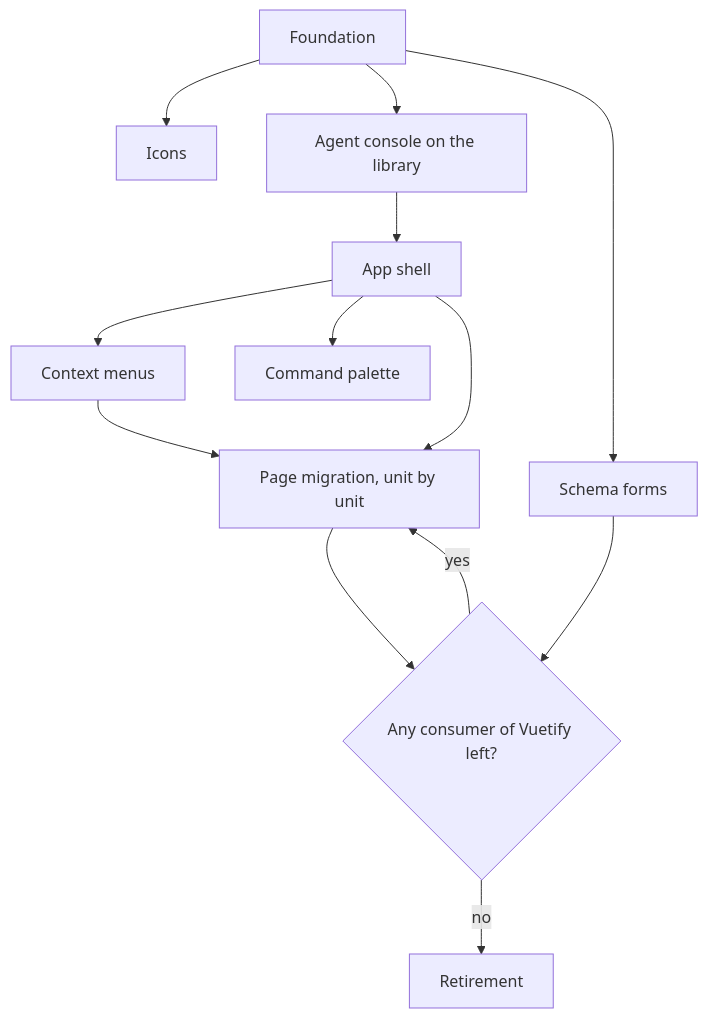
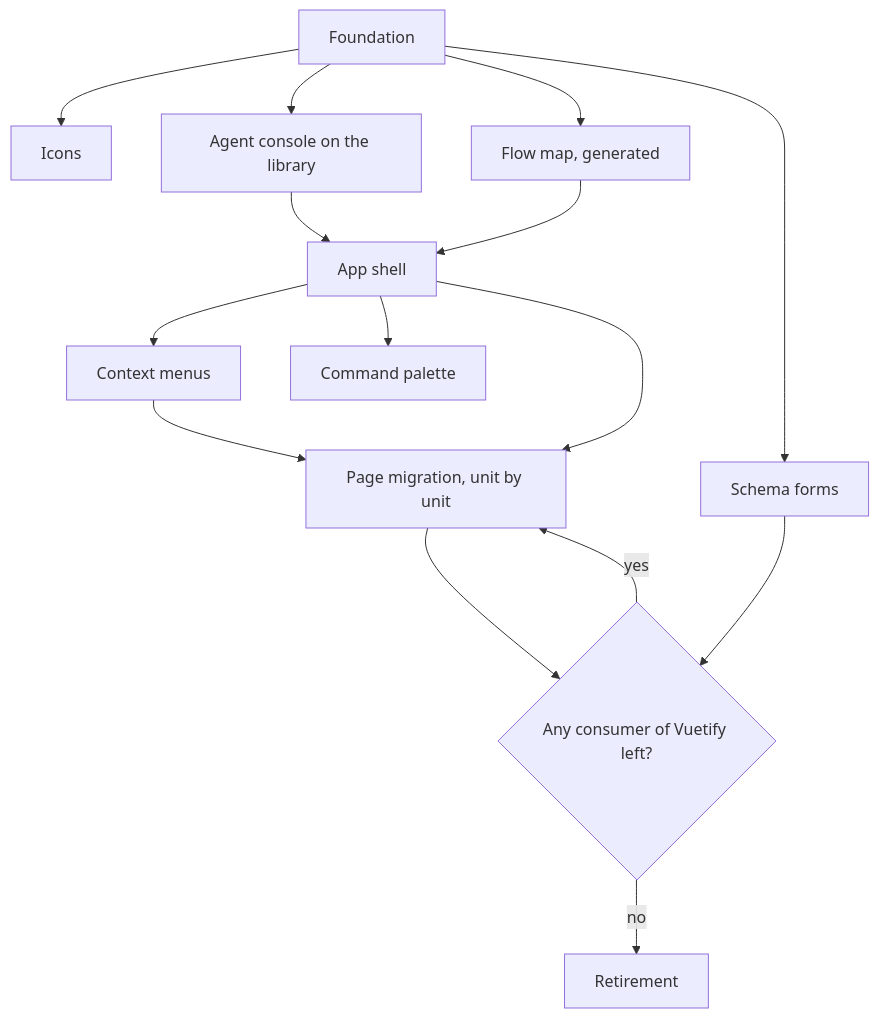
One commit to Esposter/Esposter changed the second of 2 diagrams in apps/web/content/docs/proposals/refactors/ui-library/index.md. Above: the diagram before and after it, drawn with Mermaid. The commit also changed other lines of this file and 4 other files, not shown here.

````diff
--- a/apps/web/content/docs/proposals/refactors/ui-library/index.md
+++ b/apps/web/content/docs/proposals/refactors/ui-library/index.md
@@ -51,15 +63,17 @@
 ```mermaid
 flowchart TD
   S0[Foundation] --> S1[Icons]
   S0 --> S2[Agent console on the library]
+  S0 --> FM[Flow map, generated]
+  FM --> S3
   S2 --> S3[App shell]
   S3 --> S4[Context menus]
   S3 --> S5[Command palette]
   S3 --> S6[Page migration, unit by unit]
   S4 --> S6
   S6 --> G{Any consumer of Vuetify left?}
   S0 --> S7[Schema forms]
   S7 --> G
   G -->|yes| S6
   G -->|no| S8[Retirement]
 ```
````
